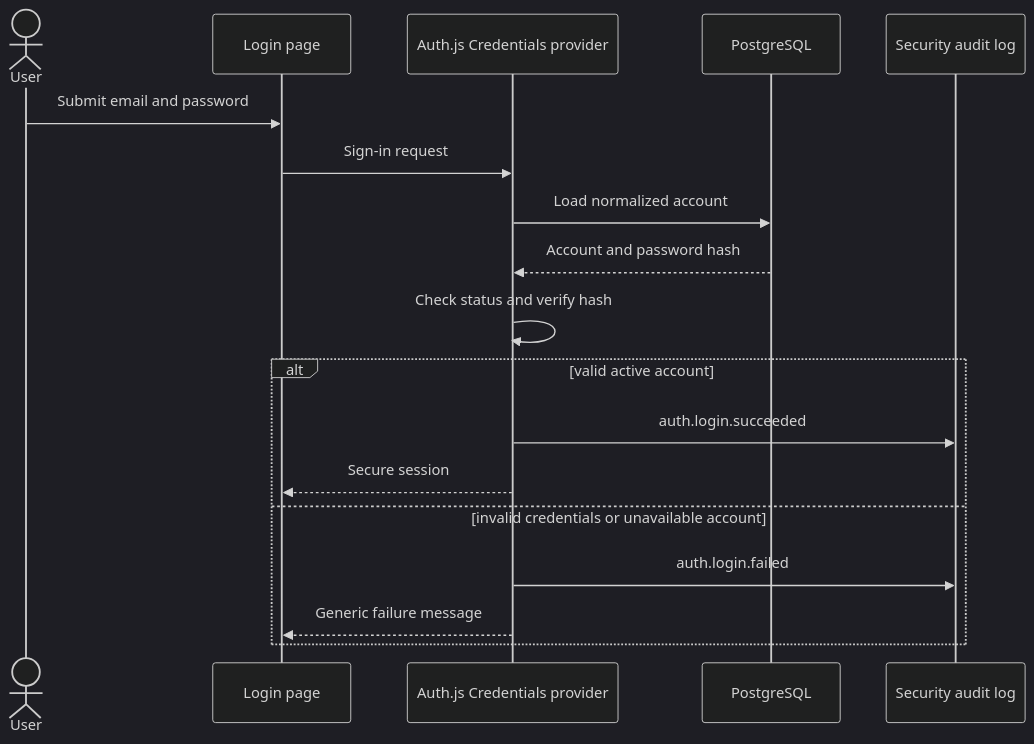
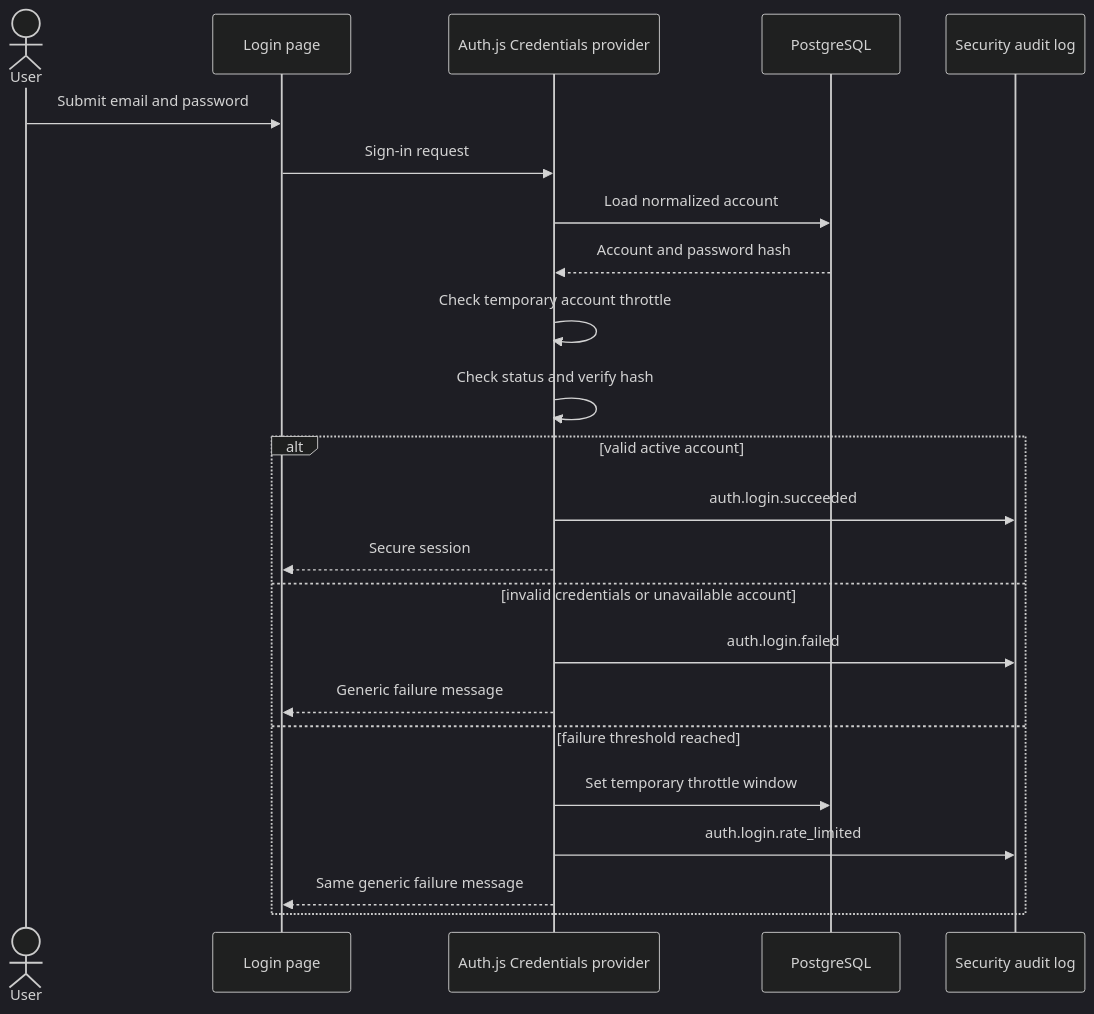
Before and after one commit to Access-S/ERP: the third of 3 diagrams in docs/auth/authentication-and-authorization-architecture.md, drawn with Mermaid (dark theme). The commit also changed other lines of this file and 22 other files, not shown here.

Commit message:
feat(auth): harden sessions and login throttling

````diff
--- a/docs/auth/authentication-and-authorization-architecture.md
+++ b/docs/auth/authentication-and-authorization-architecture.md
@@ -276,21 +283,26 @@
 ```mermaid
 sequenceDiagram
     actor User
     participant Login as Login page
     participant Auth as Auth.js Credentials provider
     participant DB as PostgreSQL
     participant Audit as Security audit log
 
     User->>Login: Submit email and password
     Login->>Auth: Sign-in request
     Auth->>DB: Load normalized account
     DB-->>Auth: Account and password hash
+    Auth->>Auth: Check temporary account throttle
     Auth->>Auth: Check status and verify hash
     alt valid active account
         Auth->>Audit: auth.login.succeeded
         Auth-->>Login: Secure session
     else invalid credentials or unavailable account
         Auth->>Audit: auth.login.failed
         Auth-->>Login: Generic failure message
+    else failure threshold reached
+        Auth->>DB: Set temporary throttle window
+        Auth->>Audit: auth.login.rate_limited
+        Auth-->>Login: Same generic failure message
     end
 ```
````
